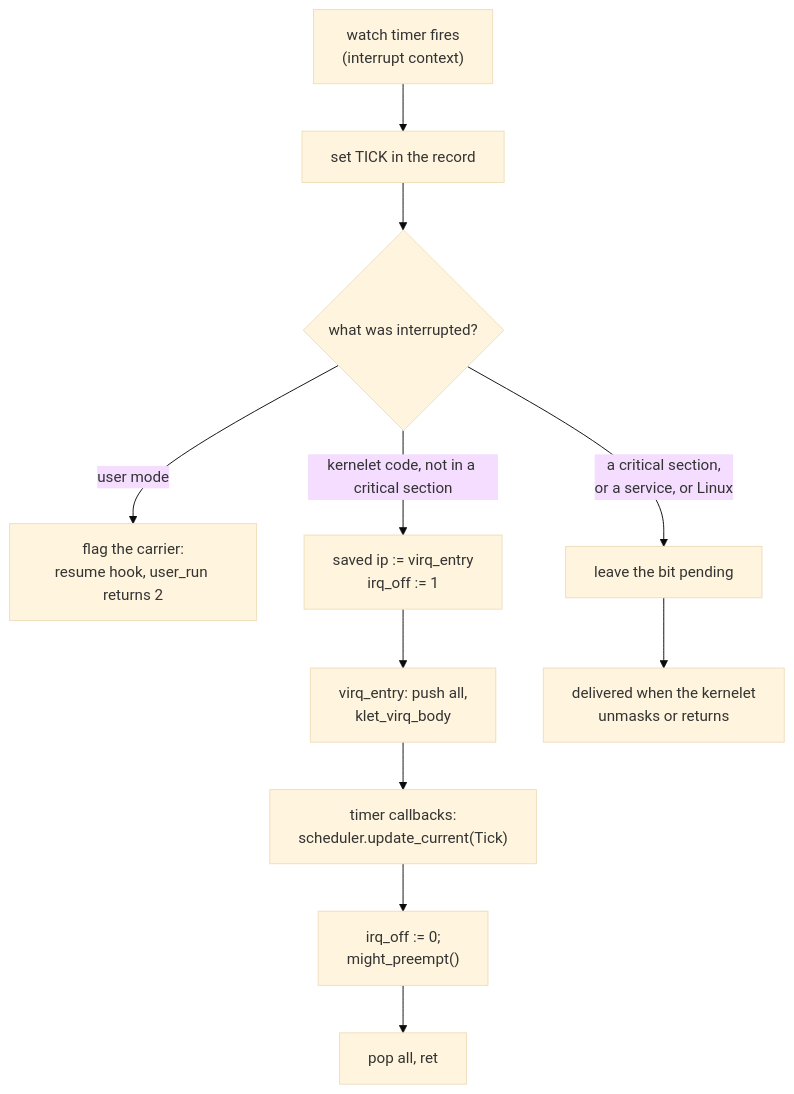
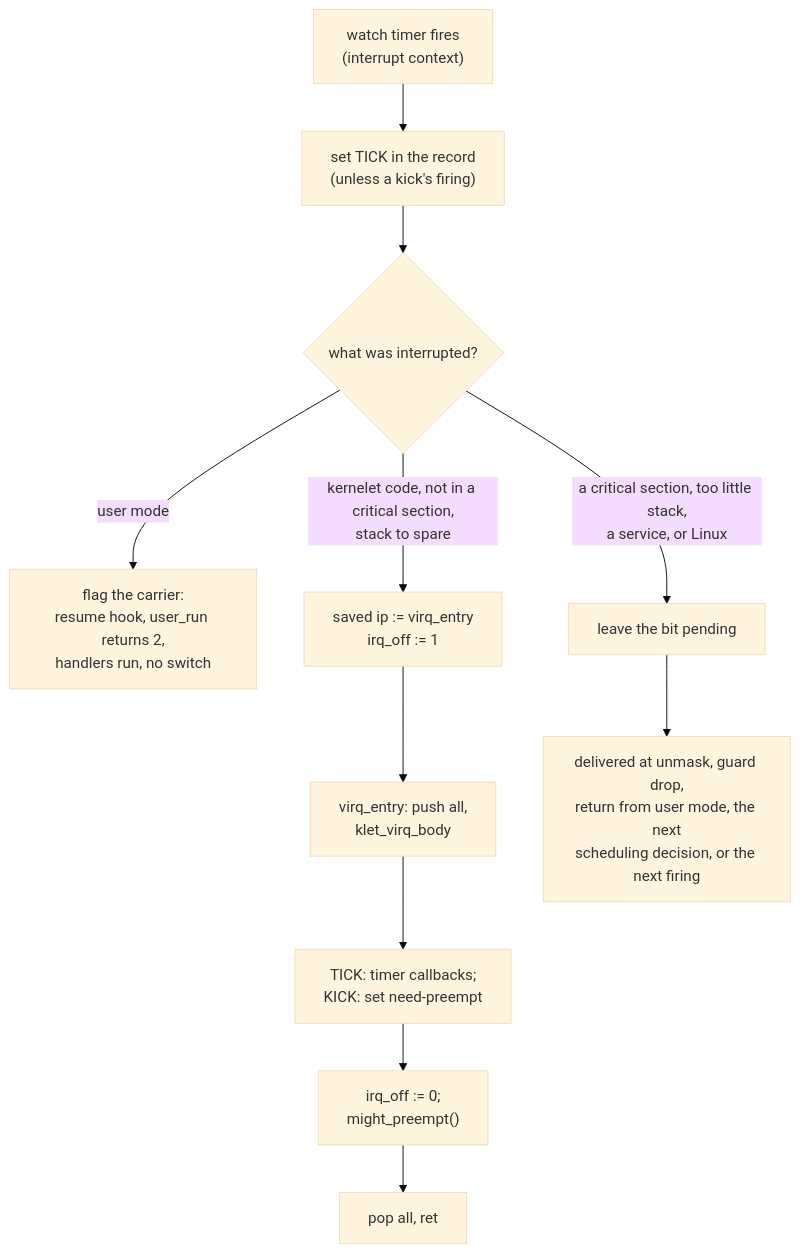
Before and after one commit to Plucky923/kernelet: the diagram in src/virtual-interrupts.md, drawn with Mermaid (base theme). The commit also changed other lines of this file and 2 other files, not shown here.

````diff
--- a/src/virtual-interrupts.md
+++ b/src/virtual-interrupts.md
@@ -161,13 +177,13 @@
 ```mermaid
 flowchart TB
-    t["watch timer fires<br/>(interrupt context)"] --> raise["set TICK in the record"]
+    t["watch timer fires<br/>(interrupt context)"] --> raise["set TICK in the record<br/>(unless a kick's firing)"]
     raise --> where{"what was interrupted?"}
-    where -- "user mode" --> flag["flag the carrier:<br/>resume hook, user_run returns 2"]
-    where -- "kernelet code, not in a critical section" --> redir["saved ip := virq_entry<br/>irq_off := 1"]
-    where -- "a critical section,<br/>or a service, or Linux" --> pend["leave the bit pending"]
+    where -- "user mode" --> flag["flag the carrier:<br/>resume hook, user_run returns 2,<br/>handlers run, no switch"]
+    where -- "kernelet code, not in a critical section,<br/>stack to spare" --> redir["saved ip := virq_entry<br/>irq_off := 1"]
+    where -- "a critical section, too little stack,<br/>a service, or Linux" --> pend["leave the bit pending"]
     redir --> stub["virq_entry: push all,<br/>klet_virq_body"]
-    stub --> h["timer callbacks:<br/>scheduler.update_current(Tick)"]
+    stub --> h["TICK: timer callbacks;<br/>KICK: set need-preempt"]
     h --> pre["irq_off := 0;<br/>might_preempt()"]
     pre --> ret["pop all, ret"]
-    pend --> later["delivered when the kernelet<br/>unmasks or returns"]
+    pend --> later["delivered at unmask, guard drop,<br/>return from user mode, the next<br/>scheduling decision, or the next firing"]
 ```
````
